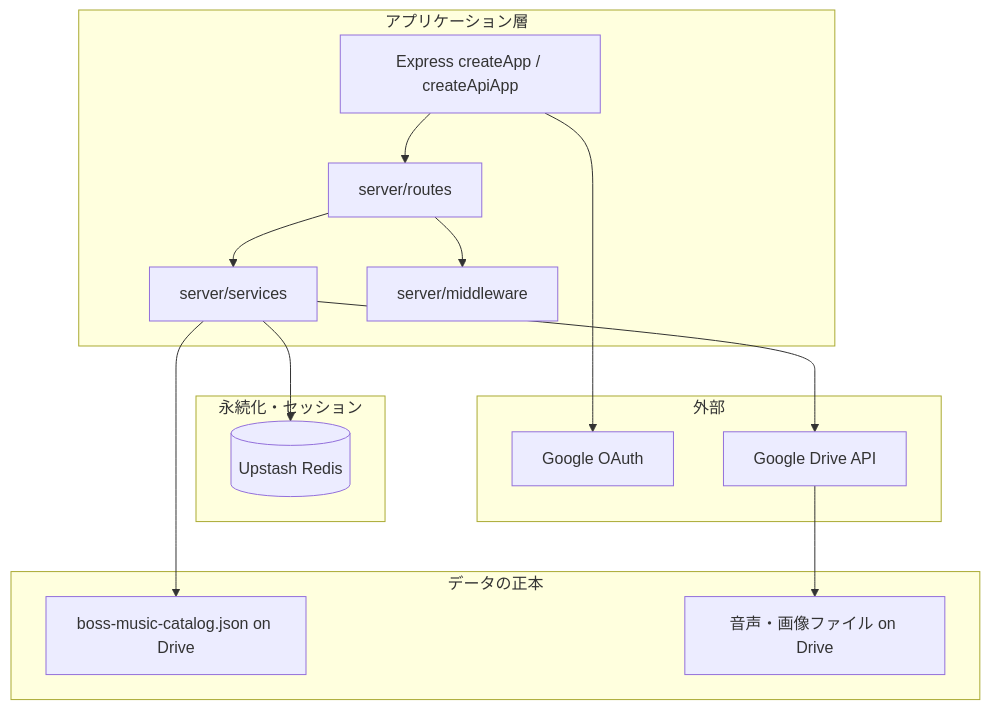
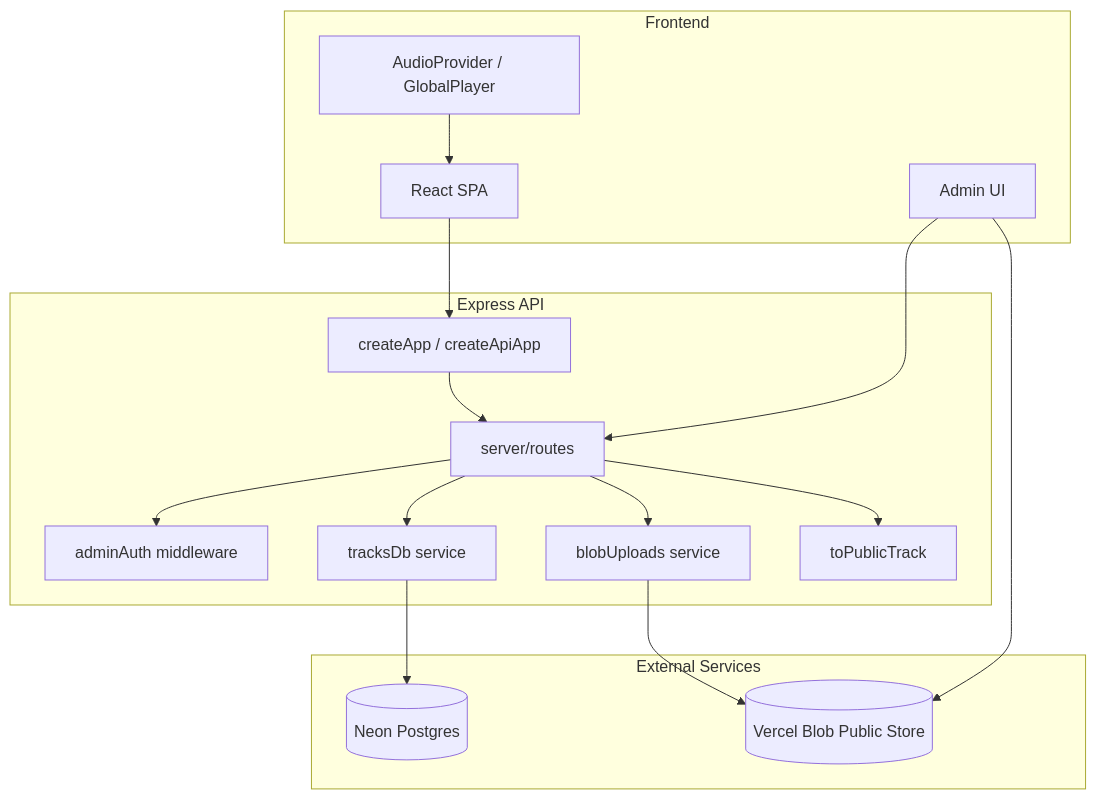
The fifth of 5 diagrams in docs/バックエンド構成図.md (RYUKOU-OKUMURA/boss-music), drawn with Mermaid before and after one commit. The commit also changed other lines of this file and 6 other files, not shown here.

````diff
--- a/docs/バックエンド構成図.md
+++ b/docs/バックエンド構成図.md
@@ -98,28 +118,34 @@
 ```mermaid
 flowchart TB
-    subgraph app[アプリケーション層]
-        E[Express createApp / createApiApp]
-        RU[server/routes]
-        SV[server/services]
-        MW[server/middleware]
+    subgraph frontend[Frontend]
+        REACT[React SPA]
+        ADMIN[Admin UI]
+        PLAYER[AudioProvider / GlobalPlayer]
     end
-    subgraph persist[永続化・セッション]
-        RED[(Upstash Redis)]
+
+    subgraph api[Express API]
+        APP[createApp / createApiApp]
+        ROUTES[server/routes]
+        MW[adminAuth middleware]
+        DB[tracksDb service]
+        BU[blobUploads service]
+        PUB[toPublicTrack]
     end
-    subgraph data[データの正本]
-        CAT[boss-music-catalog.json on Drive]
-        BIN[音声・画像ファイル on Drive]
+
+    subgraph external[External Services]
+        NEON[(Neon Postgres)]
+        BLOB[(Vercel Blob Public Store)]
     end
-    subgraph ext[外部]
-        GOV[Google OAuth]
-        GD[Google Drive API]
-    end
-    E --> RU
-    RU --> SV
-    RU --> MW
-    SV --> RED
-    SV --> GD
-    SV --> CAT
-    E --> GOV
-    GD --> BIN
+
+    REACT --> APP
+    ADMIN --> ROUTES
+    PLAYER --> REACT
+    APP --> ROUTES
+    ROUTES --> MW
+    ROUTES --> DB
+    ROUTES --> BU
+    ROUTES --> PUB
+    DB --> NEON
+    BU --> BLOB
+    ADMIN --> BLOB
 ```
````
